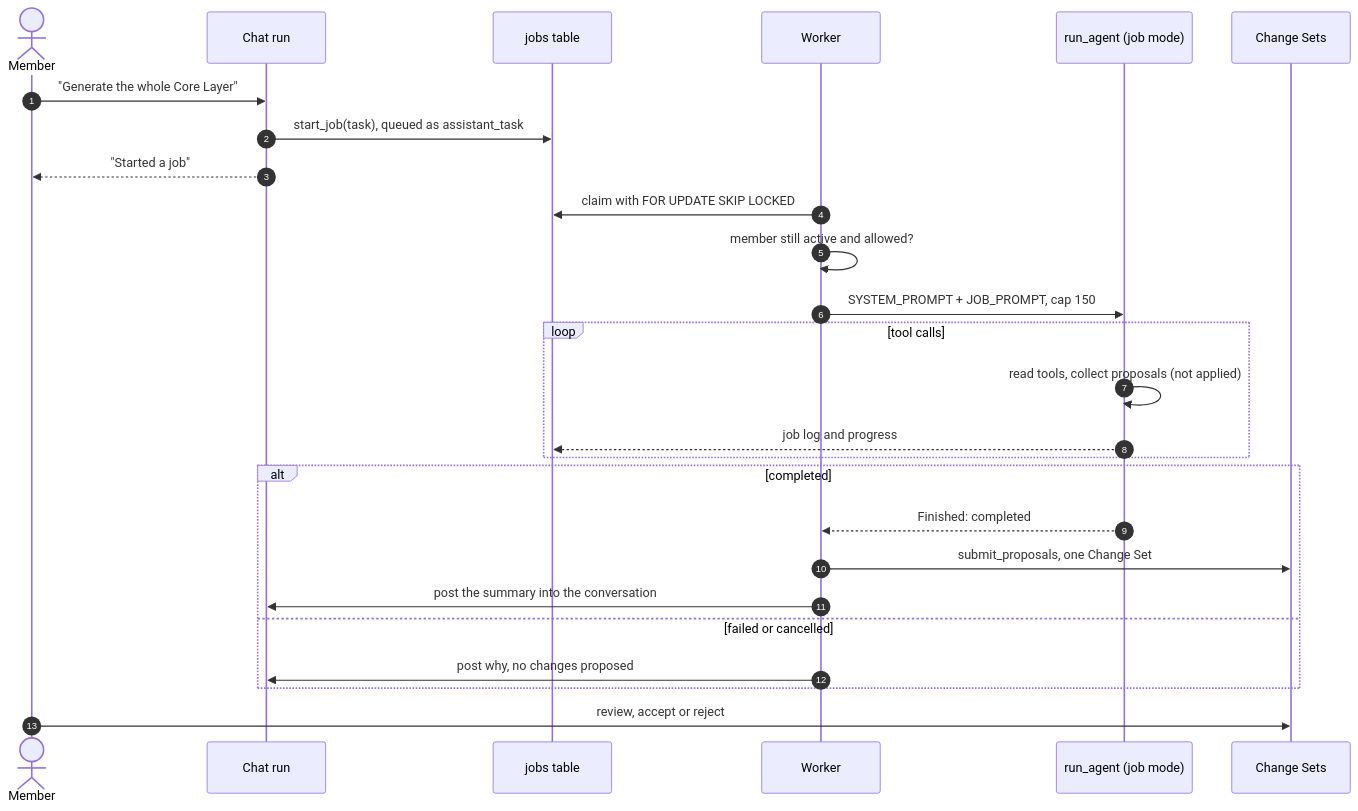
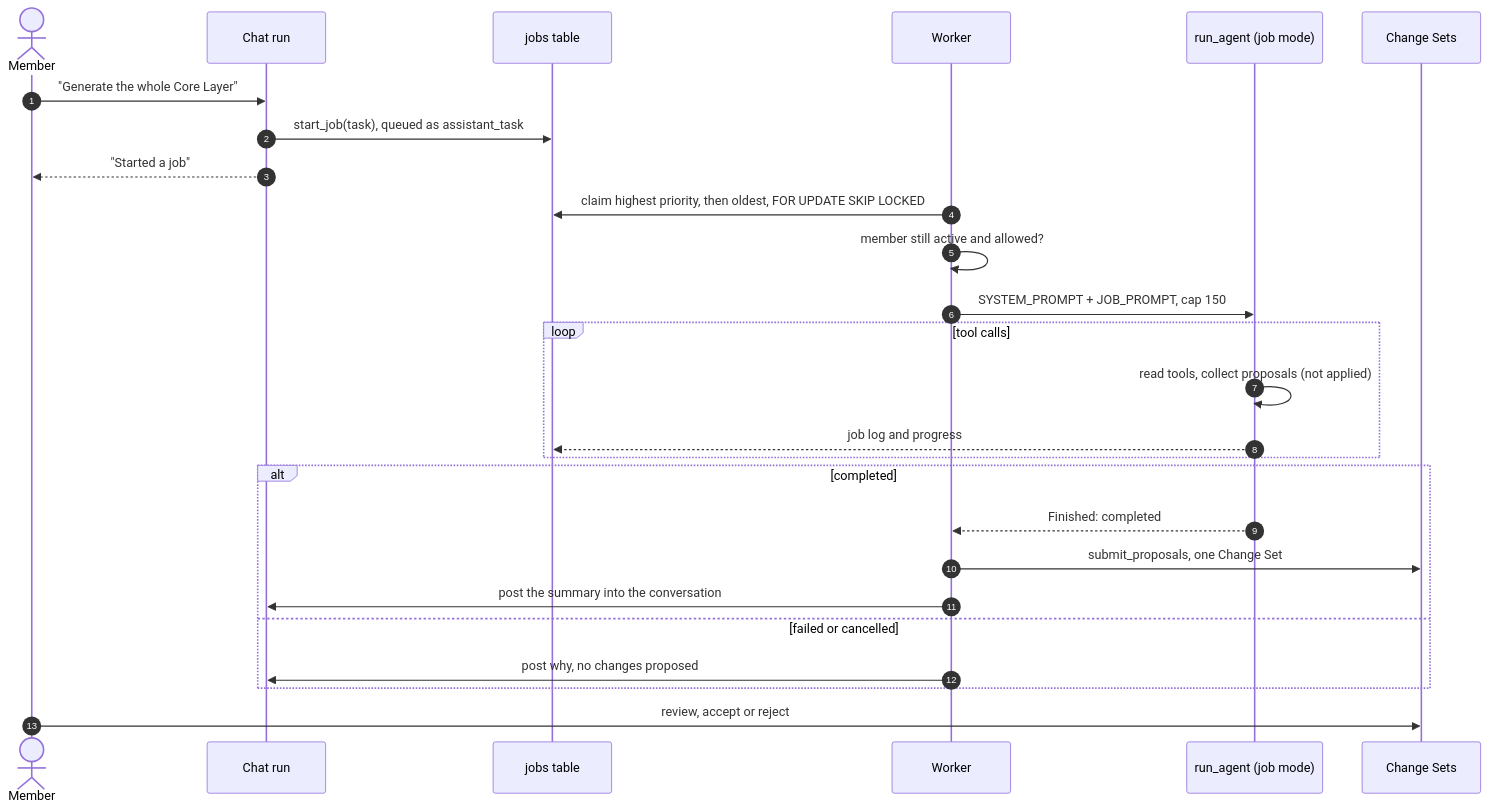
Before and after one commit to EslamAlaaZaki/dawam: diagram 13 of 13 in docs/ai-architecture.md, drawn with Mermaid. The commit also changed other lines of this file, not shown here.

Commit message:
docs: Epic 28 diagrams and 7.3 wording (#419)

````diff
--- a/docs/ai-architecture.md
+++ b/docs/ai-architecture.md
@@ -771,29 +772,29 @@
 ```mermaid
 sequenceDiagram
     autonumber
     actor M as Member
     participant C as Chat run
     participant Q as jobs table
     participant W as Worker
     participant A as run_agent (job mode)
     participant CS as Change Sets
 
     M->>C: "Generate the whole Core Layer"
     C->>Q: start_job(task), queued as assistant_task
     C-->>M: "Started a job"
-    W->>Q: claim with FOR UPDATE SKIP LOCKED
+    W->>Q: claim highest priority, then oldest, FOR UPDATE SKIP LOCKED
     W->>W: member still active and allowed?
     W->>A: SYSTEM_PROMPT + JOB_PROMPT, cap 150
     loop tool calls
         A->>A: read tools, collect proposals (not applied)
         A-->>Q: job log and progress
     end
     alt completed
         A-->>W: Finished: completed
         W->>CS: submit_proposals, one Change Set
         W->>C: post the summary into the conversation
     else failed or cancelled
         W->>C: post why, no changes proposed
     end
     M->>CS: review, accept or reject
 ```
````
